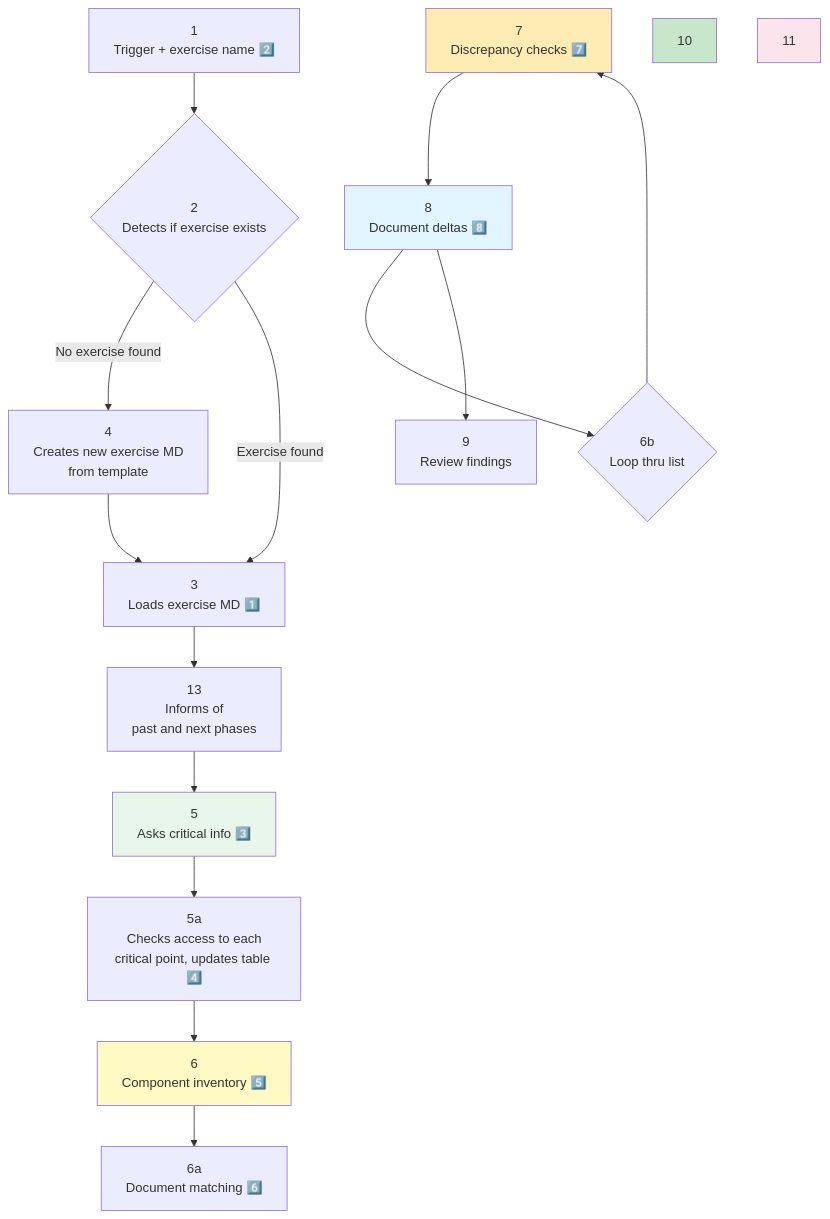
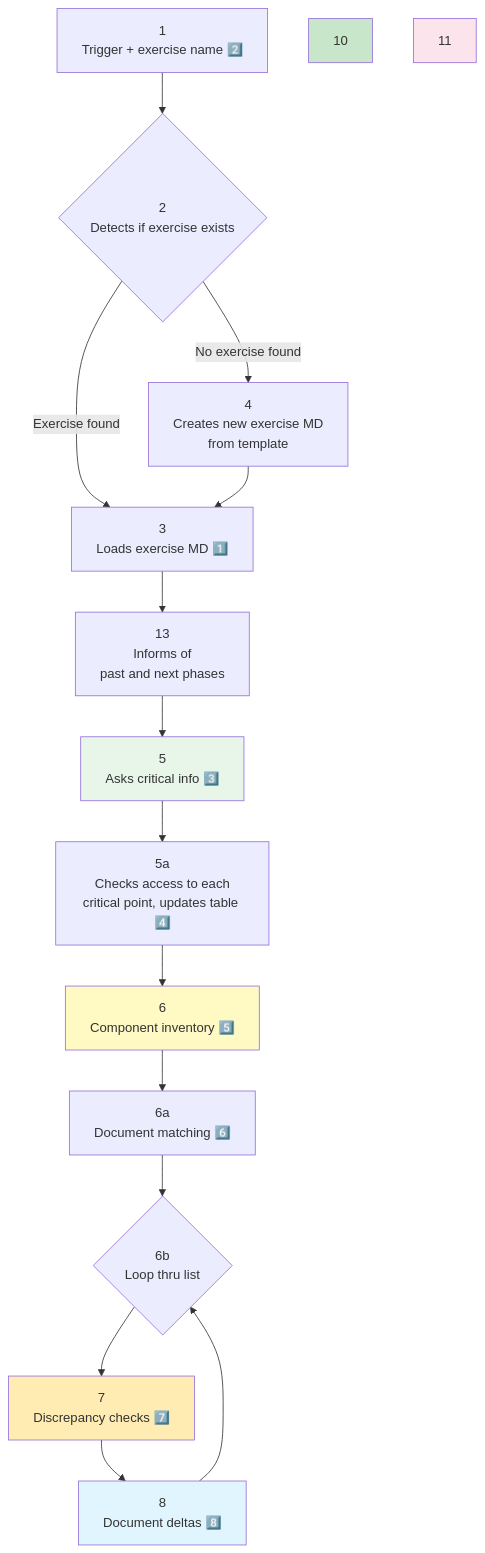
Before and after one commit to nonlinear/skills: the diagram in design-discrepancy/SKILL.md, drawn with Mermaid. The commit also changed other lines of this file, not shown here.

Commit message:
Before removing inline styles

````diff
--- a/design-discrepancy/SKILL.md
+++ b/design-discrepancy/SKILL.md
@@ -24,39 +24,38 @@
 ```mermaid
 flowchart TD
     1["1<br/>Trigger + exercise name 2️⃣"]
     2{"2<br/>Detects if exercise exists"}
     3["3<br/>Loads exercise MD 1️⃣"]
     4["4<br/>Creates new exercise MD<br/>from template"]
     5["5<br/>Asks critical info 3️⃣"]
     5a["5a<br/>Checks access to each<br/>critical point, updates table 4️⃣"]
     6["6<br/>Component inventory 5️⃣"]
     6a["6a<br/>Document matching 6️⃣"]
     6b{"6b<br/>Loop thru list"}
     7["7<br/>Discrepancy checks 7️⃣"]
     8["8<br/>Document deltas 8️⃣"]
-    9["9<br/>Review findings"]
     13["13<br/>Informs of<br/>past and next phases"]
     
     1 --> 2
     2 -->|No exercise found| 4
     2 -->|Exercise found| 3
     
     4 --> 3
     3 --> 13
     13 --> 5
     
     5 --> 5a
     5a --> 6
     6 --> 6a
+    6a --> 6b
     6b --> 7
     7 --> 8
     8 --> 6b
-    8 --> 9
     
     style 5 fill:#E8F5E9
     style 6 fill:#FFF9C4
     style 7 fill:#FFECB3
     style 8 fill:#E1F5FE
     style 11 fill:#FCE4EC
     style 10 fill:#C8E6C9
 ```
````
